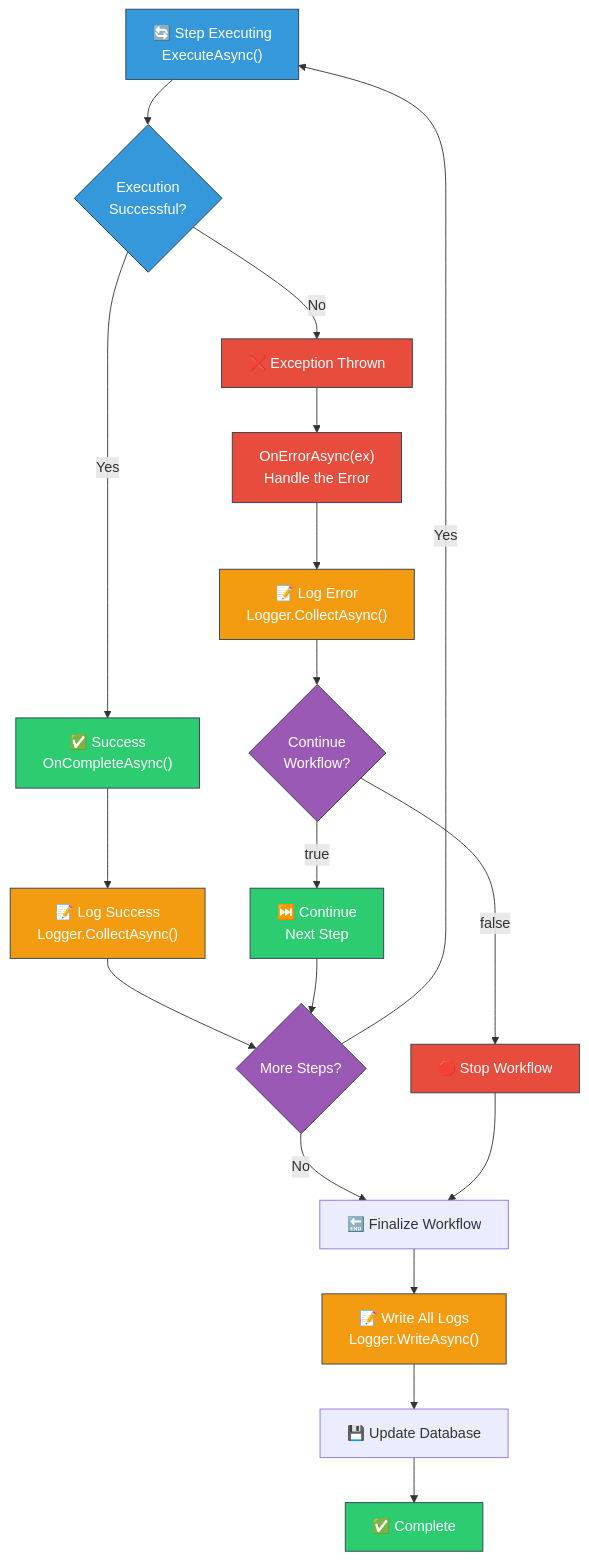
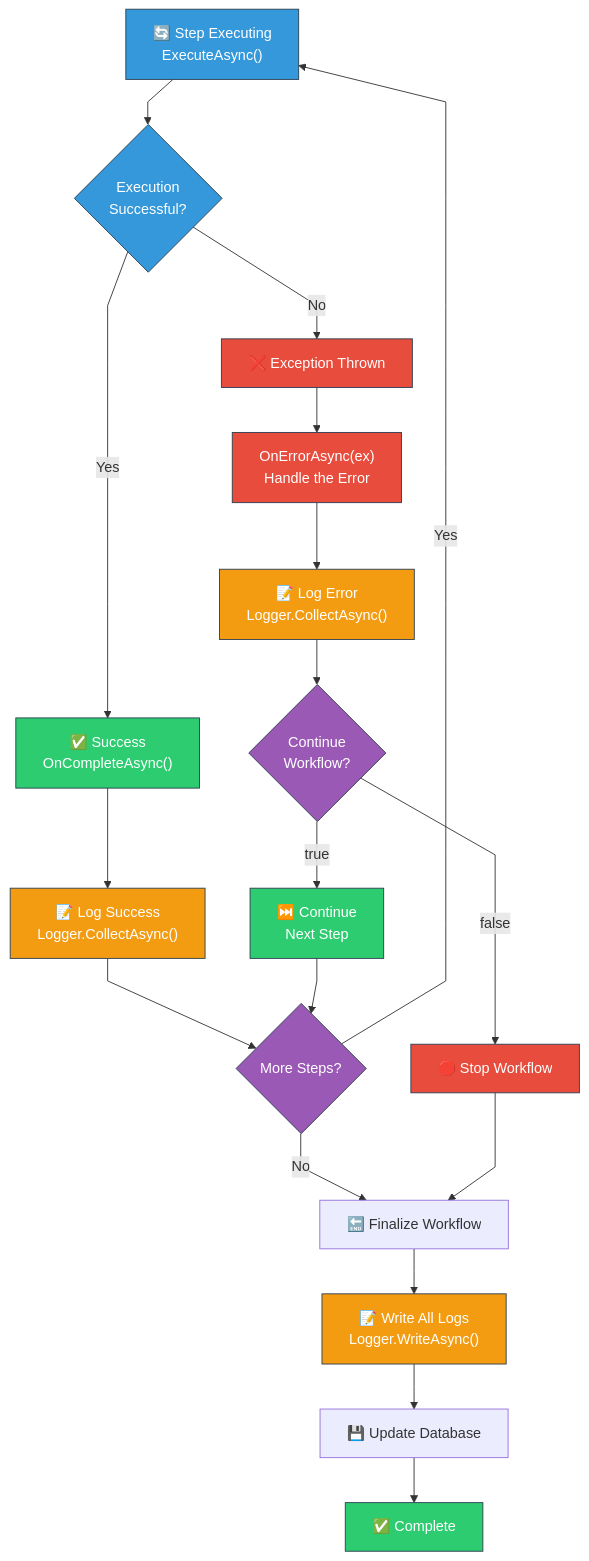
One commit to WholeBit-Solutions/distributed-workflow changed diagram 15 of 15 in ARCHITECTURE_DIAGRAMS.md. Above: the diagram before and after it, drawn with Mermaid. The commit also changed other lines of this file, not shown here.

````diff
--- a/ARCHITECTURE_DIAGRAMS.md
+++ b/ARCHITECTURE_DIAGRAMS.md
@@ -884,44 +896,45 @@
 ```mermaid
+%%{init: {'flowchart': {'curve': 'linear'}}}%%
 graph TD
     Step["🔄 Step Executing<br/>ExecuteAsync()"]
     
     Step --> Execute{"Execution<br/>Successful?"}
     
     Execute -->|Yes| Success["✅ Success<br/>OnCompleteAsync()"]
     Execute -->|No| Exception["❌ Exception Thrown"]
     
     Exception --> ErrorHandler["OnErrorAsync(ex)<br/>Handle the Error"]
     
     ErrorHandler --> Log["📝 Log Error<br/>Logger.CollectAsync()"]
     
     Log --> Decision{"Continue<br/>Workflow?"}
     
     Decision -->|true| Continue["⏭️ Continue<br/>Next Step"]
     Decision -->|false| Stop["🛑 Stop Workflow"]
     
     Success --> LogSuccess["📝 Log Success<br/>Logger.CollectAsync()"]
     LogSuccess --> MoreSteps{"More Steps?"}
     
     Continue --> MoreSteps
     
     MoreSteps -->|Yes| Step
     MoreSteps -->|No| Finalize["🔚 Finalize Workflow"]
     
     Stop --> Finalize
     
     Finalize --> WriteLog["📝 Write All Logs<br/>Logger.WriteAsync()"]
     WriteLog --> UpdateDb["💾 Update Database"]
     UpdateDb --> End["✅ Complete"]
     
     classDef execution fill:#3498db,stroke:#2c3e50,color:#fff
     classDef error fill:#e74c3c,stroke:#2c3e50,color:#fff
     classDef success fill:#2ecc71,stroke:#2c3e50,color:#fff
     classDef logging fill:#f39c12,stroke:#2c3e50,color:#fff
     classDef decision fill:#9b59b6,stroke:#2c3e50,color:#fff
     
     class Step,Execute execution
     class Exception,ErrorHandler,Stop error
     class Success,Continue,End success
     class Log,LogSuccess,WriteLog logging
     class Decision,MoreSteps decision
 ```
````
